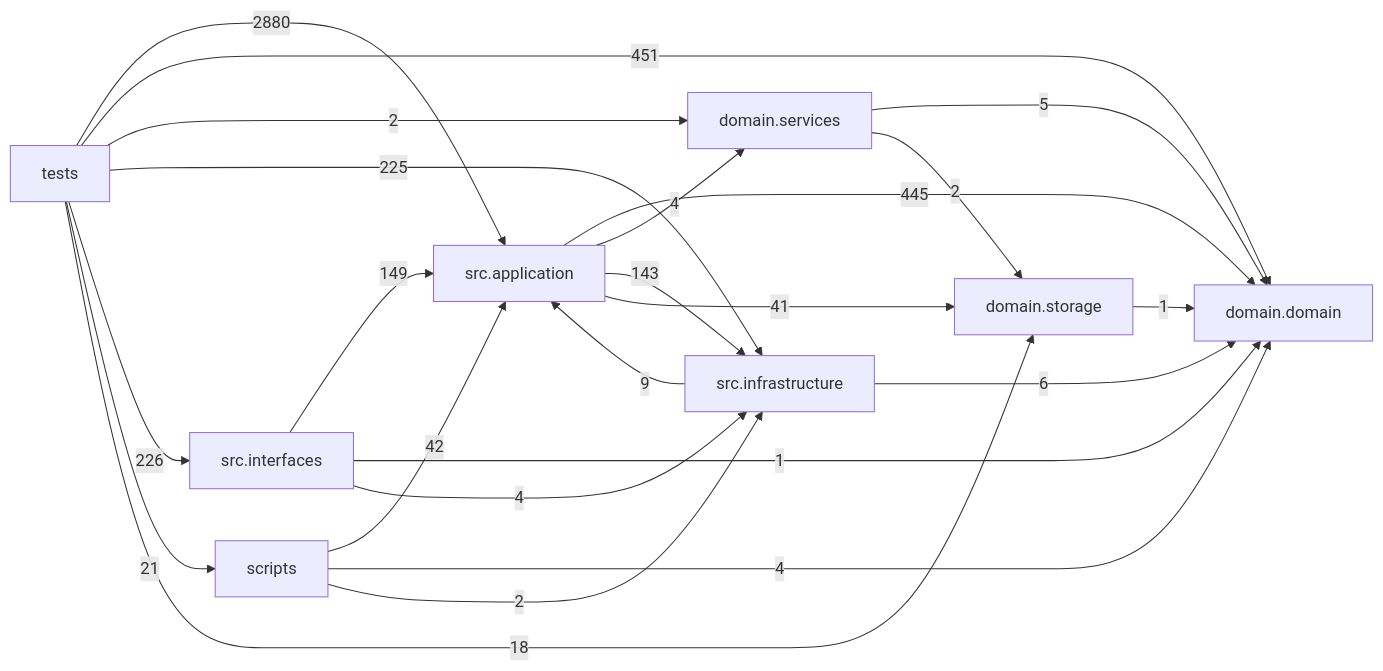
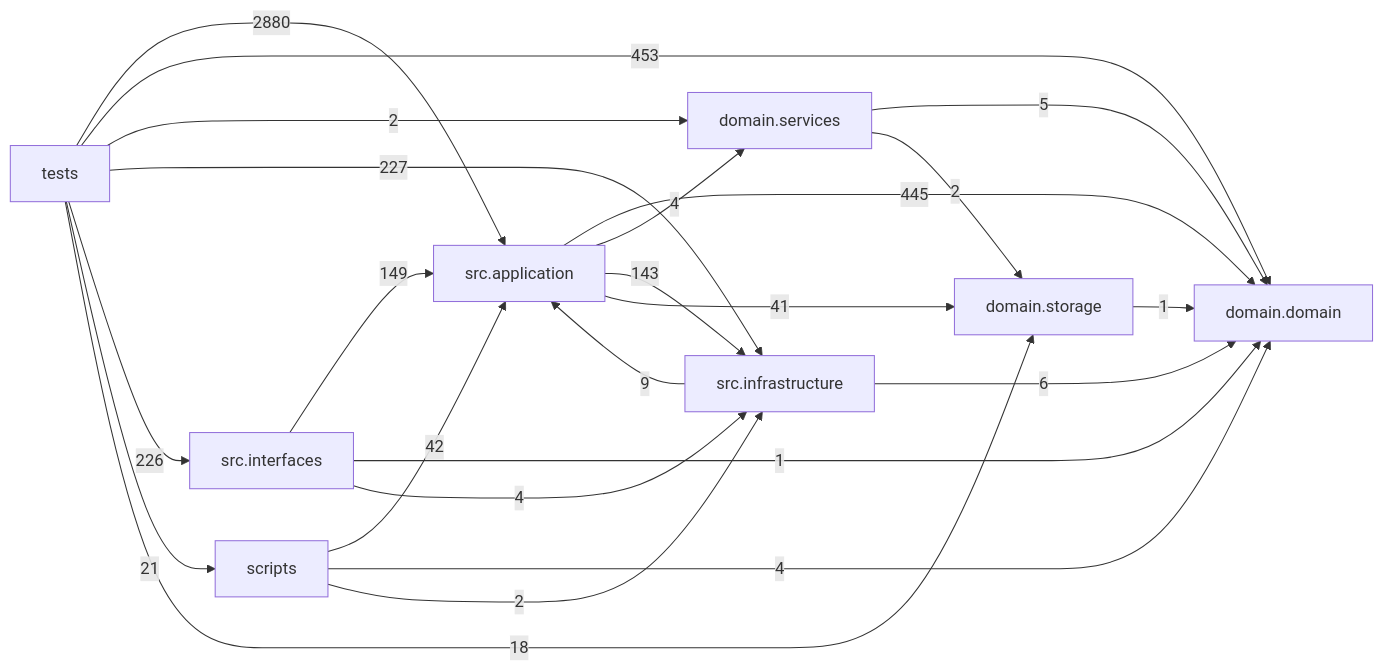
The diagram in docs/DEPENDENCY_GRAPH.md (liuxie066/options-monitor), drawn with Mermaid before and after one commit. The commit also changed other lines of this file, not shown here.

Commit message:
docs(evidence): refresh dependency graph for regression tests

````diff
--- a/docs/DEPENDENCY_GRAPH.md
+++ b/docs/DEPENDENCY_GRAPH.md
@@ -24,33 +24,33 @@
 ```mermaid
 flowchart LR
   tests["tests"]
   scripts["scripts"]
   interfaces["src.interfaces"]
   application["src.application"]
   infrastructure["src.infrastructure"]
   domain_services["domain.services"]
   domain["domain.domain"]
   storage["domain.storage"]
   application -->|445| domain
   application -->|4| domain_services
   application -->|143| infrastructure
   application -->|41| storage
   domain_services -->|5| domain
   domain_services -->|2| storage
   infrastructure -->|9| application
   infrastructure -->|6| domain
   interfaces -->|149| application
   interfaces -->|1| domain
   interfaces -->|4| infrastructure
   scripts -->|42| application
   scripts -->|4| domain
   scripts -->|2| infrastructure
   storage -->|1| domain
   tests -->|2880| application
-  tests -->|451| domain
+  tests -->|453| domain
   tests -->|2| domain_services
-  tests -->|225| infrastructure
+  tests -->|227| infrastructure
   tests -->|226| interfaces
   tests -->|21| scripts
   tests -->|18| storage
 ```
````
